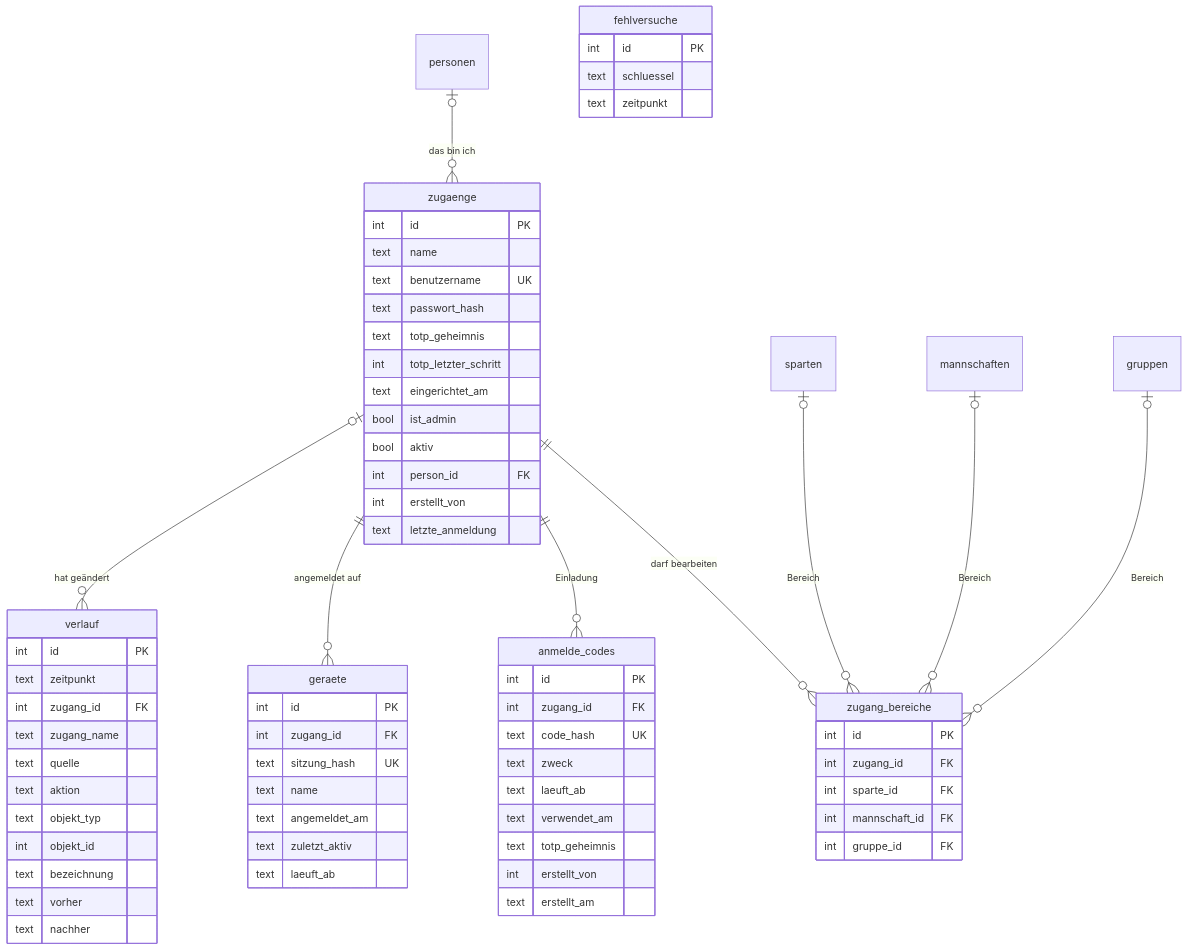
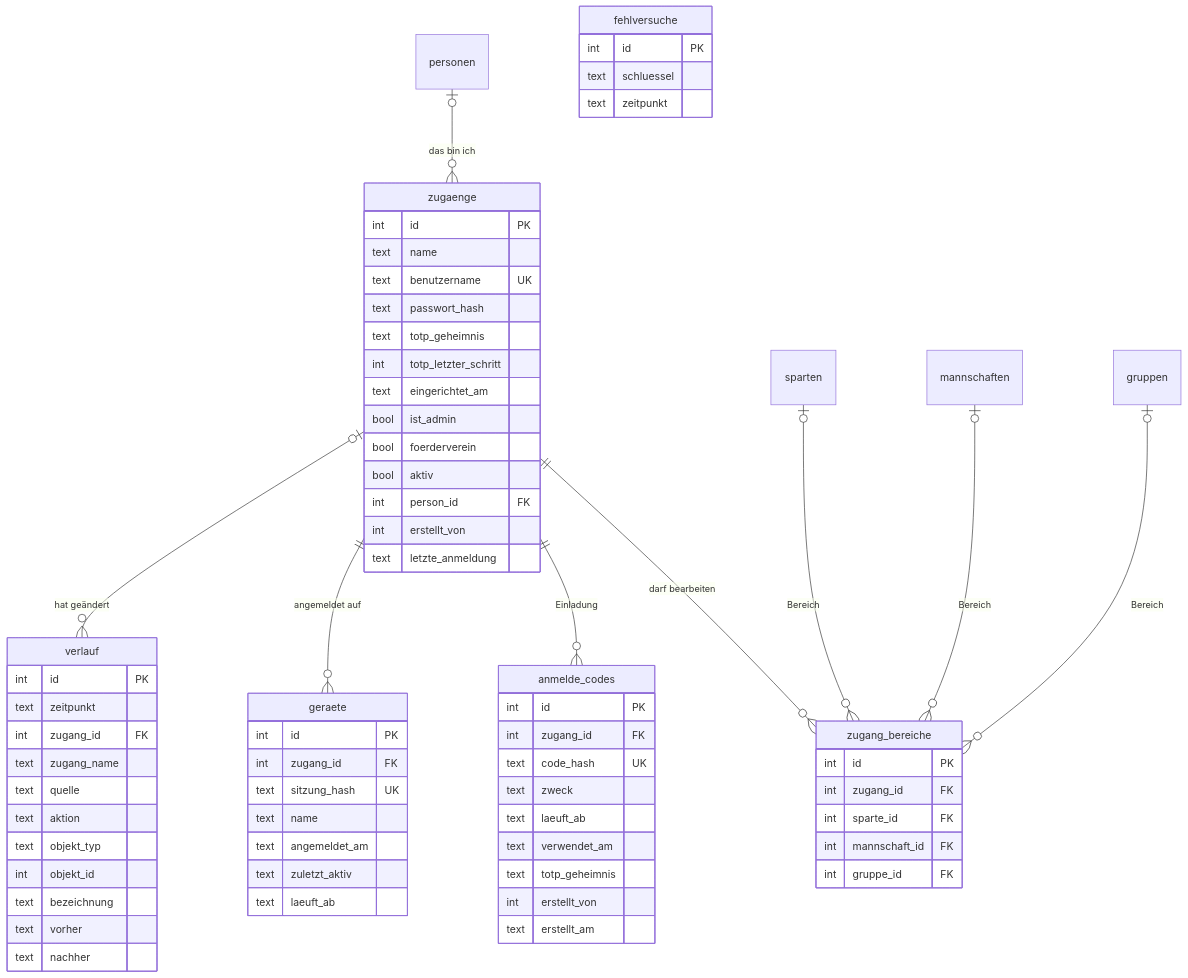
Before and after one commit to Jarinski/svhose: the second of 2 diagrams in DATA_MODEL.md, drawn with Mermaid. The commit also changed other lines of this file and 27 other files, not shown here.

````diff
--- a/DATA_MODEL.md
+++ b/DATA_MODEL.md
@@ -199,71 +199,72 @@
 ```mermaid
 erDiagram
   personen |o--o{ zugaenge : "das bin ich"
   zugaenge ||--o{ zugang_bereiche : "darf bearbeiten"
   sparten |o--o{ zugang_bereiche : "Bereich"
   mannschaften |o--o{ zugang_bereiche : "Bereich"
   gruppen |o--o{ zugang_bereiche : "Bereich"
   zugaenge ||--o{ anmelde_codes : "Einladung"
   zugaenge ||--o{ geraete : "angemeldet auf"
   zugaenge |o--o{ verlauf : "hat geändert"
 
   zugaenge {
     int id PK
     text name
     text benutzername UK
     text passwort_hash
     text totp_geheimnis
     int totp_letzter_schritt
     text eingerichtet_am
     bool ist_admin
+    bool foerderverein
     bool aktiv
     int person_id FK
     int erstellt_von
     text letzte_anmeldung
   }
   zugang_bereiche {
     int id PK
     int zugang_id FK
     int sparte_id FK
     int mannschaft_id FK
     int gruppe_id FK
   }
   anmelde_codes {
     int id PK
     int zugang_id FK
     text code_hash UK
     text zweck
     text laeuft_ab
     text verwendet_am
     text totp_geheimnis
     int erstellt_von
     text erstellt_am
   }
   geraete {
     int id PK
     int zugang_id FK
     text sitzung_hash UK
     text name
     text angemeldet_am
     text zuletzt_aktiv
     text laeuft_ab
   }
   fehlversuche {
     int id PK
     text schluessel
     text zeitpunkt
   }
   verlauf {
     int id PK
     text zeitpunkt
     int zugang_id FK
     text zugang_name
     text quelle
     text aktion
     text objekt_typ
     int objekt_id
     text bezeichnung
     text vorher
     text nachher
   }
 ```
````
